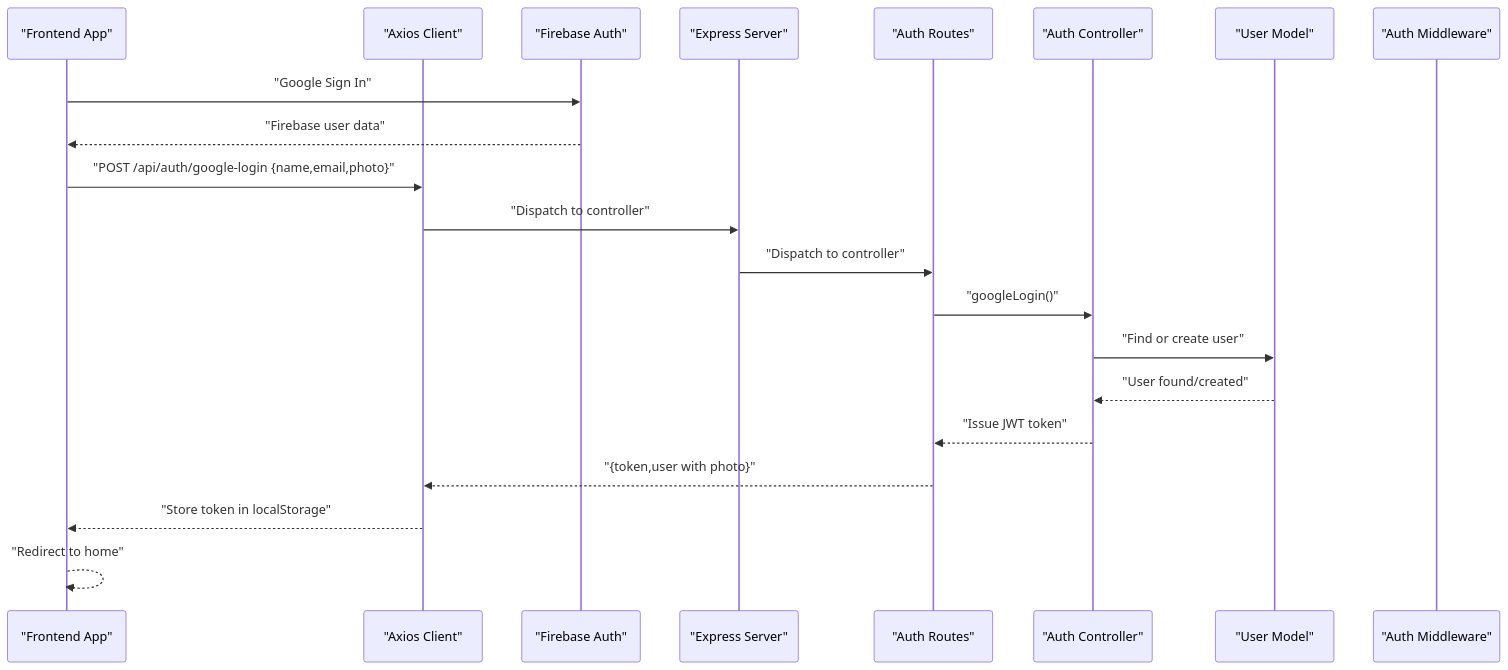
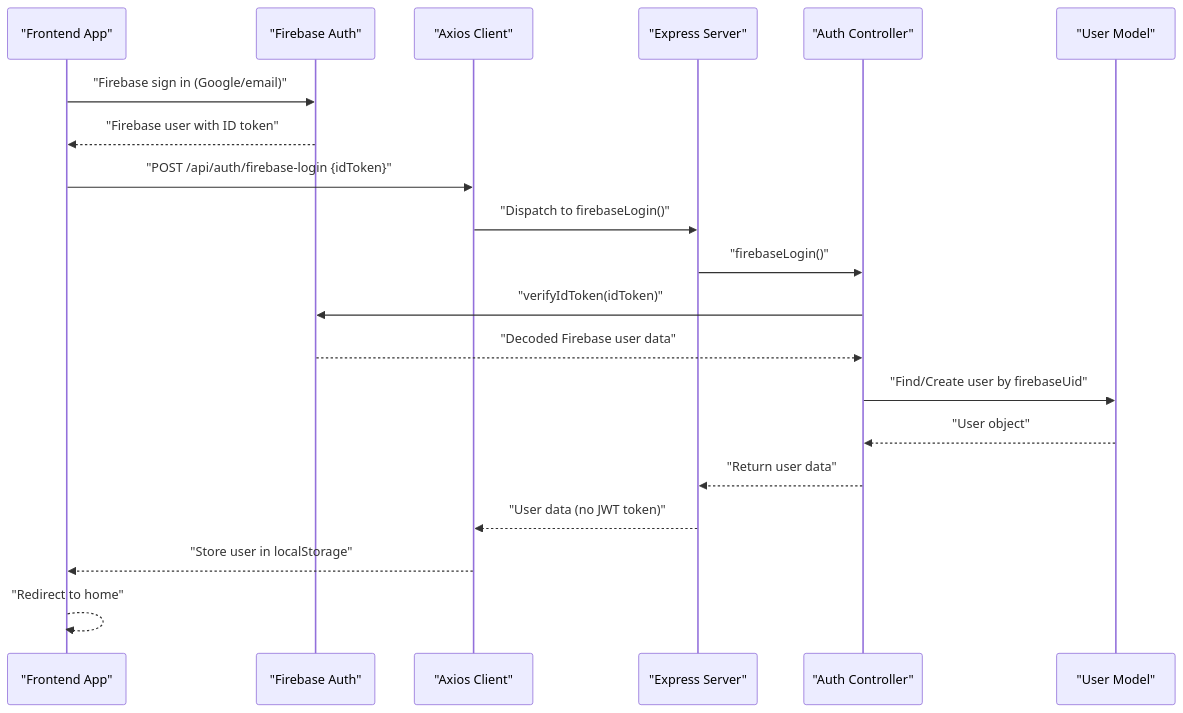
Before and after one commit to Pavan-PSPK9032/TrendsandToss: the second of 7 diagrams in .qoder/repowiki/en/content/Authentication & Authorization/Authentication & Authorization.md, drawn with Mermaid. The commit also changed other lines of this file and 6 other files, not shown here.

Commit message:
Fix Firebase signUpWithEmail: use updateProfile from modular SDK v9+

````diff
--- a/.qoder/repowiki/en/content/Authentication & Authorization/Authentication & Authorization.md
+++ b/.qoder/repowiki/en/content/Authentication & Authorization/Authentication & Authorization.md
@@ -157,23 +147,22 @@
 ```mermaid
 sequenceDiagram
 participant FE as "Frontend App"
+participant FB as "Firebase Auth"
 participant AX as "Axios Client"
-participant FB as "Firebase Auth"
 participant BE as "Express Server"
-participant AR as "Auth Routes"
 participant AC as "Auth Controller"
 participant UM as "User Model"
-participant AMW as "Auth Middleware"
-FE->>FB : "Google Sign In"
-FB-->>FE : "Firebase user data"
-FE->>AX : "POST /api/auth/google-login {name,email,photo}"
-AX->>BE : "Dispatch to controller"
-BE->>AR : "Dispatch to controller"
-AR->>AC : "googleLogin()"
-AC->>UM : "Find or create user"
-UM-->>AC : "User found/created"
-AC-->>AR : "Issue JWT token"
-AR-->>AX : "{token,user with photo}"
-AX-->>FE : "Store token in localStorage"
+FE->>FB : "Firebase sign in (Google/email)"
+FB-->>FE : "Firebase user with ID token"
+FE->>AX : "POST /api/auth/firebase-login {idToken}"
+AX->>BE : "Dispatch to firebaseLogin()"
+BE->>AC : "firebaseLogin()"
+AC->>FB : "verifyIdToken(idToken)"
+FB-->>AC : "Decoded Firebase user data"
+AC->>UM : "Find/Create user by firebaseUid"
+UM-->>AC : "User object"
+AC-->>BE : "Return user data"
+BE-->>AX : "User data (no JWT token)"
+AX-->>FE : "Store user in localStorage"
 FE-->>FE : "Redirect to home"
 ```
````
